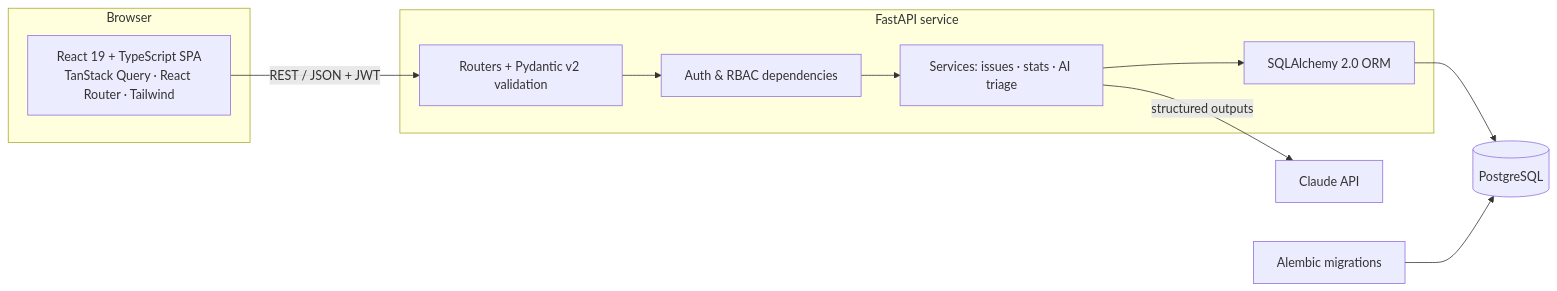
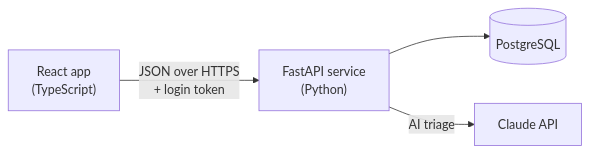
One commit to dineshkanna113/DevTrack changed the diagram in README.md. Above: the diagram before and after it, drawn with Mermaid. The commit also changed other lines of this file and 24 other files, not shown here.

````diff
--- a/README.md
+++ b/README.md
@@ -31,15 +47,6 @@
 ```mermaid
 flowchart LR
-    subgraph Browser
-      SPA["React 19 + TypeScript SPA<br/>TanStack Query · React Router · Tailwind"]
-    end
-    subgraph API["FastAPI service"]
-      R[Routers + Pydantic v2 validation] --> D[Auth & RBAC dependencies]
-      D --> S[Services: issues · stats · AI triage]
-      S --> O[SQLAlchemy 2.0 ORM]
-    end
-    SPA -- "REST / JSON + JWT" --> R
-    O --> PG[(PostgreSQL)]
-    S -- "structured outputs" --> C[Claude API]
-    M[Alembic migrations] --> PG
+    Browser["React app<br/>(TypeScript)"] -- "JSON over HTTPS<br/>+ login token" --> API["FastAPI service<br/>(Python)"]
+    API --> DB[(PostgreSQL)]
+    API -- "AI triage" --> Claude[Claude API]
 ```
````
